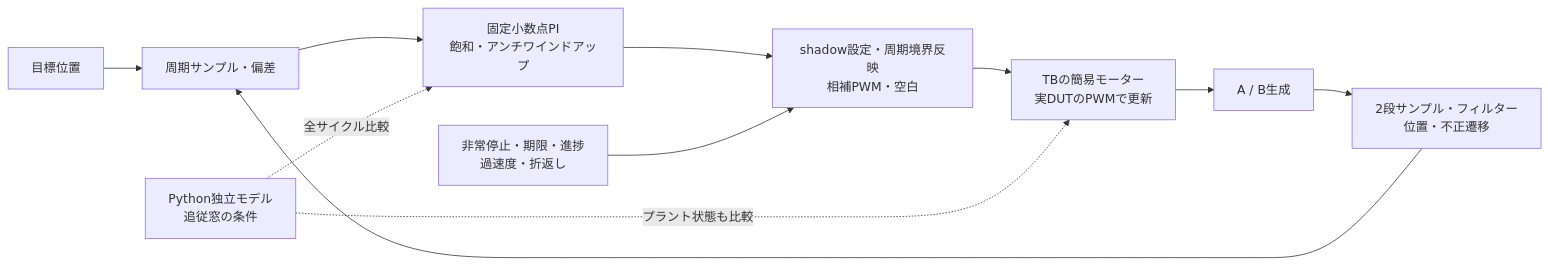
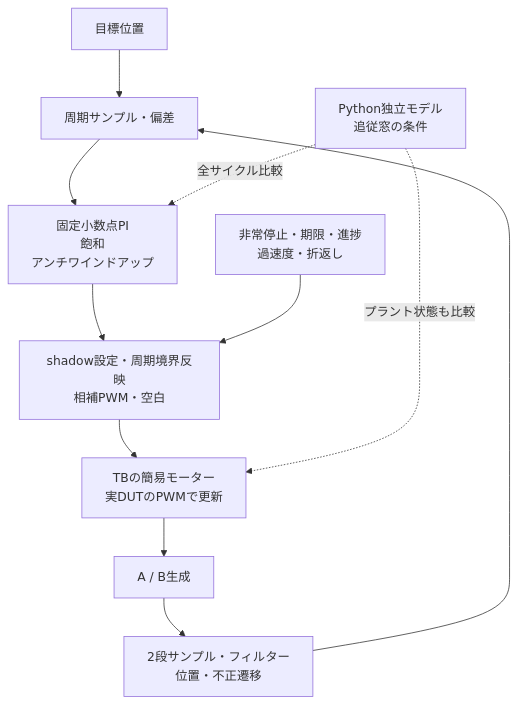
One commit to kurochan001/lsi-verification-method changed the first of 2 diagrams in examples/local-motion-control/README.md. Above: the diagram before and after it, drawn with Mermaid. The commit also changed other lines of this file and 3 other files, not shown here.

Commit message:
Document robotics verification results and improve control diagrams

````diff
--- a/examples/local-motion-control/README.md
+++ b/examples/local-motion-control/README.md
@@ -9,11 +9,11 @@
 ```mermaid
-flowchart LR
+flowchart TD
   accTitle: 実際のPWM出力でプラントを駆動する1軸の閉ループ
   accDescr: 目標位置とエンコーダの差を周期的にPIへ渡し、指令をPWMへ反映する。DUTのPWMがTBの簡易モーターを駆動し、モーター位置からA Bが生成されDUTへ戻る。別のPythonモデルが全状態と追従を照合する。異常時は駆動を抑止する。
-  TARGET["目標位置"] --> E["周期サンプル・偏差"] --> PI["固定小数点PI<br/>飽和・アンチワインドアップ"]
+  TARGET["目標位置"] --> E["周期サンプル・偏差"] --> PI["固定小数点PI<br/>飽和<br/>アンチワインドアップ"]
   PI --> PWM["shadow設定・周期境界反映<br/>相補PWM・空白"] --> PLANT["TBの簡易モーター<br/>実DUTのPWMで更新"]
   PLANT --> AB["A / B生成"] --> QEI["2段サンプル・フィルター<br/>位置・不正遷移"] --> E
   FAULT["非常停止・期限・進捗<br/>過速度・折返し"] --> PWM
   REF["Python独立モデル<br/>追従窓の条件"] -. "全サイクル比較" .-> PI
   REF -. "プラント状態も比較" .-> PLANT
 ```
````
